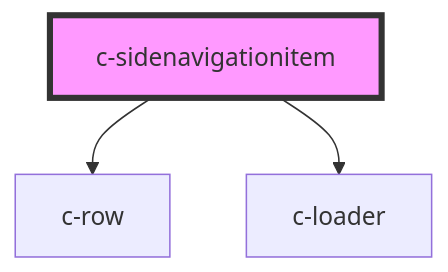
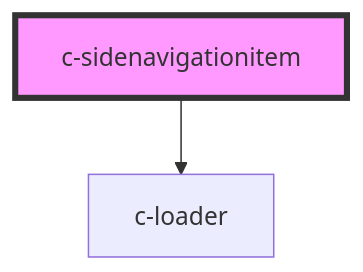
One commit to hannyle/csc-ui changed the diagram in src/components/c-sidenavigationitem/readme.md. Above: the diagram before and after it, drawn with Mermaid. The commit also changed other lines of this file and 9 other files, not shown here.

````diff
--- a/src/components/c-sidenavigationitem/readme.md
+++ b/src/components/c-sidenavigationitem/readme.md
@@ -32,6 +31,5 @@
 ```mermaid
 graph TD;
-  c-sidenavigationitem --> c-row
   c-sidenavigationitem --> c-loader
   style c-sidenavigationitem fill:#f9f,stroke:#333,stroke-width:4px
 ```
````
